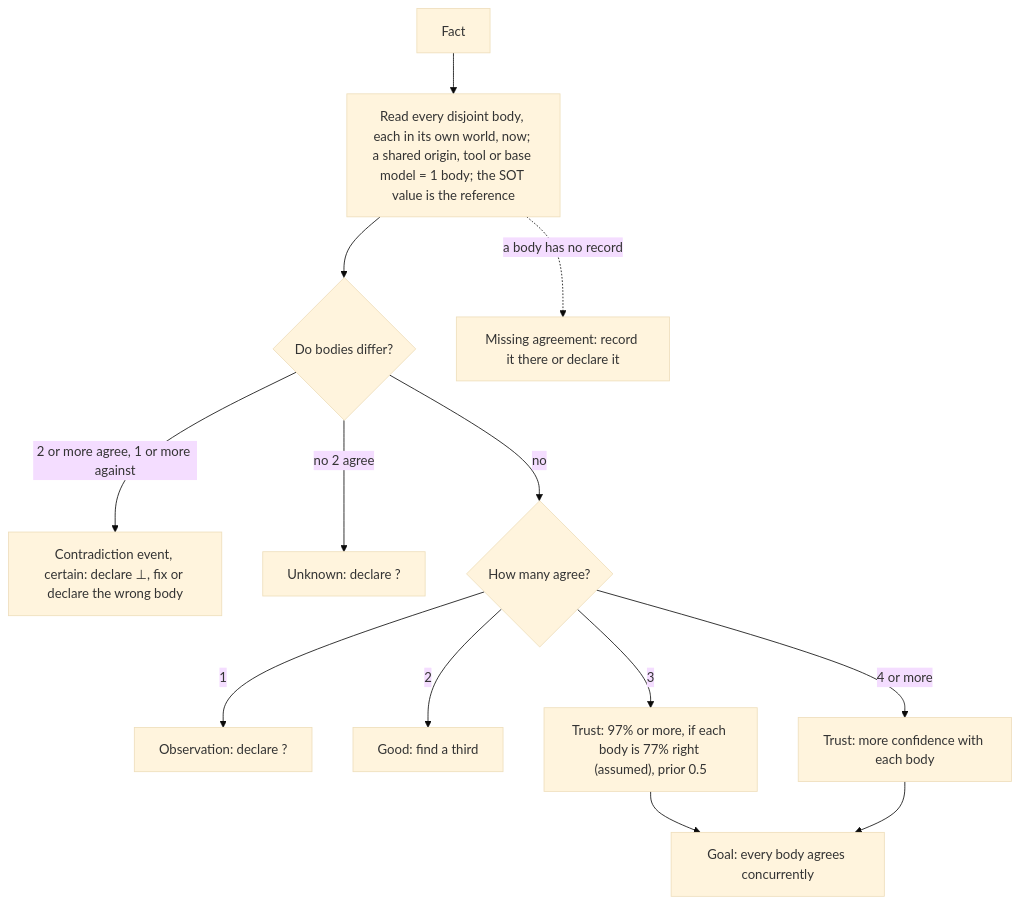
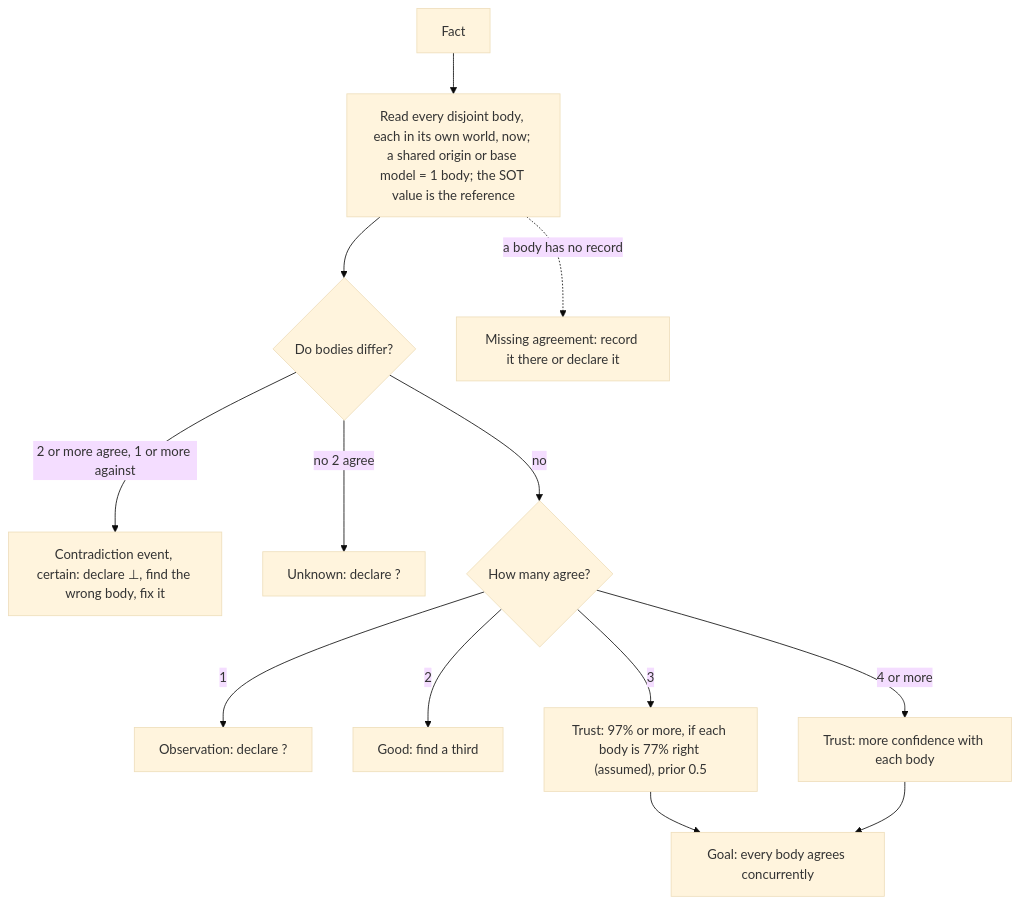
Diagram 14 of 14 in AGENTS.md (SolenixAI/arbiter), drawn with Mermaid (base theme) before and after one commit. The commit also changed other lines of this file, not shown here.

Commit message:
docs(agents): section 13 review fixes; section 6 raters are one per disjoint body

````diff
--- a/AGENTS.md
+++ b/AGENTS.md
@@ -563,15 +563,15 @@
 ```mermaid
 flowchart TD
-  F[Fact] --> B["Read every disjoint body, each in its own world, now; a shared origin, tool or base model = 1 body; the SOT value is the reference"]
+  F[Fact] --> B["Read every disjoint body, each in its own world, now; a shared origin or base model = 1 body; the SOT value is the reference"]
   B --> D{Do bodies differ?}
-  D -->|2 or more agree, 1 or more against| C["Contradiction event, certain: declare ⊥, fix or declare the wrong body"]
+  D -->|2 or more agree, 1 or more against| C["Contradiction event, certain: declare ⊥, find the wrong body, fix it"]
   D -->|no 2 agree| U["Unknown: declare ?"]
   D -->|no| N{How many agree?}
   N -->|1| O["Observation: declare ?"]
   N -->|2| G[Good: find a third]
   N -->|3| T["Trust: 97% or more, if each body is 77% right (assumed), prior 0.5"]
   N -->|4 or more| M[Trust: more confidence with each body]
   B -.->|a body has no record| Mi[Missing agreement: record it there or declare it]
   T --> Goal[Goal: every body agrees concurrently]
   M --> Goal
 ```
````
